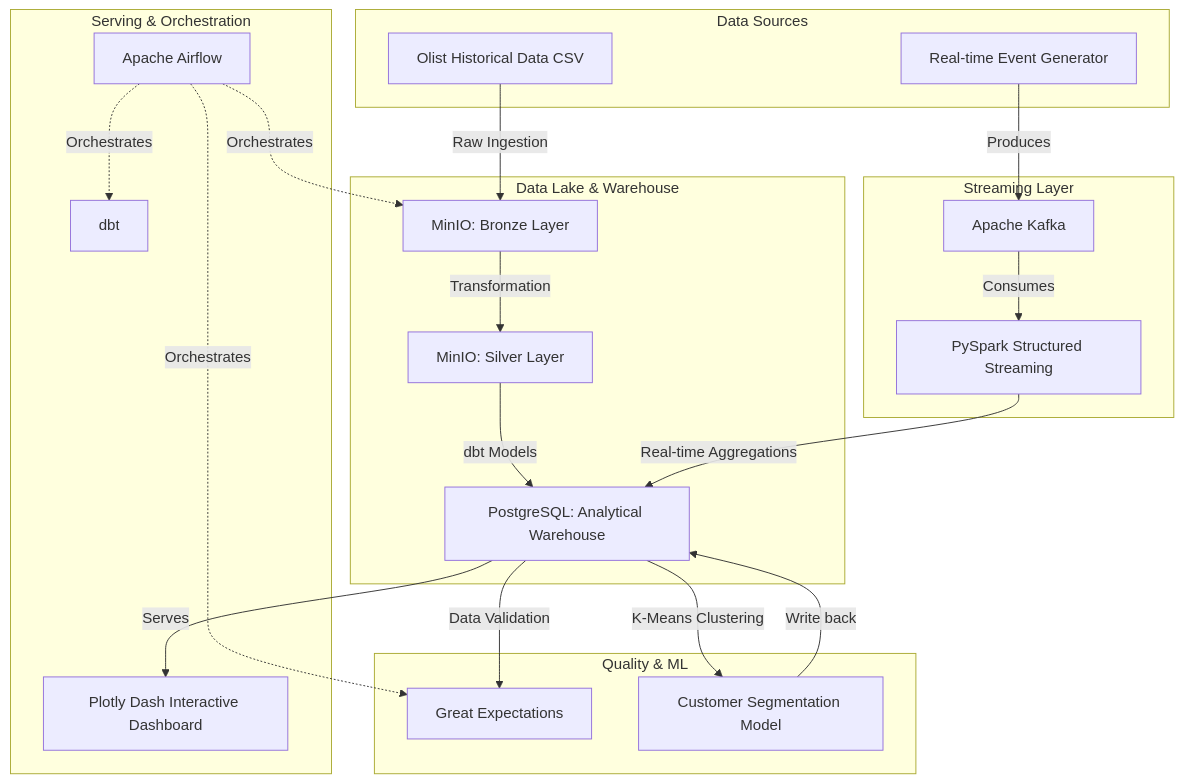
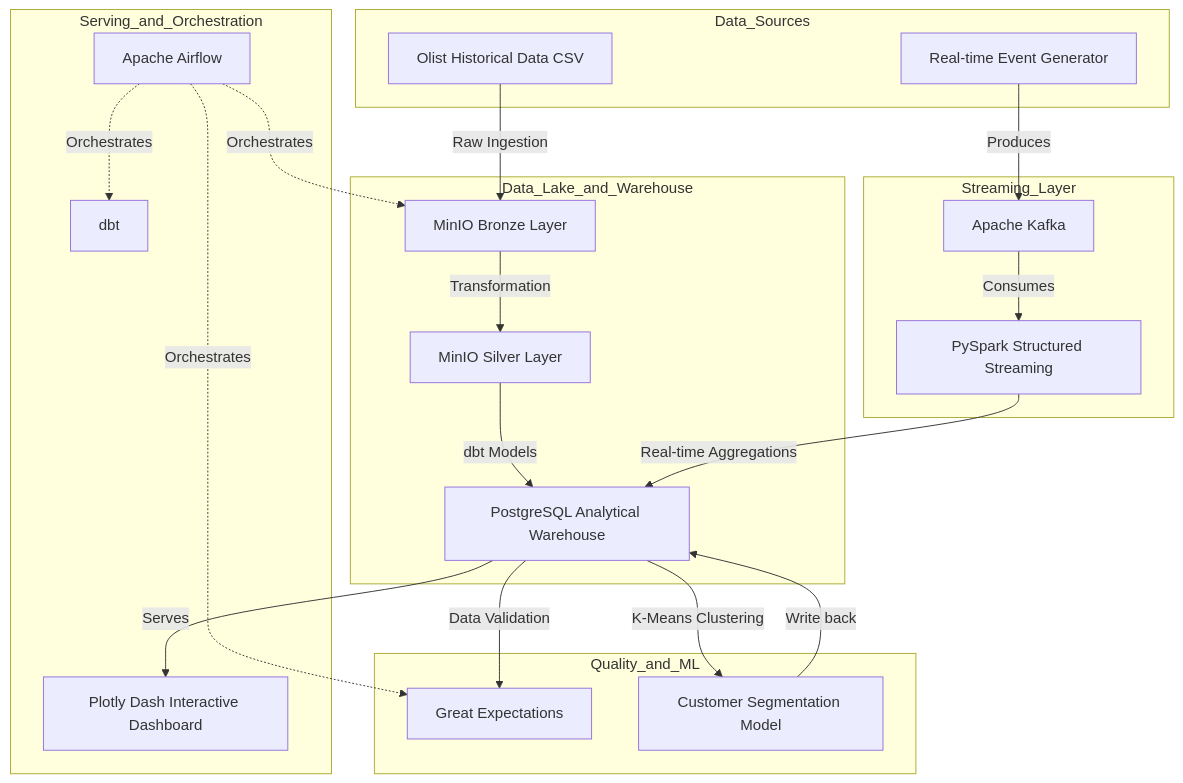
One commit to hquan07/ecommerce-data-platform changed the diagram in README.md. Above: the diagram before and after it, drawn with Mermaid.

Commit message:
fix(docs): simplify mermaid syntax for better compatibility

````diff
--- a/README.md
+++ b/README.md
@@ -22,32 +22,32 @@
 ```mermaid
 graph TD
-    subgraph Data_Sources ["Data Sources"]
-        Olist["Olist Historical Data CSV"]
-        EventGen["Real-time Event Generator"]
+    subgraph Data_Sources
+        Olist[Olist Historical Data CSV]
+        EventGen[Real-time Event Generator]
     end
 
-    subgraph Streaming_Layer ["Streaming Layer"]
-        EventGen -->|Produces| Kafka["Apache Kafka"]
-        Kafka -->|Consumes| Spark["PySpark Structured Streaming"]
+    subgraph Streaming_Layer
+        EventGen -->|Produces| Kafka[Apache Kafka]
+        Kafka -->|Consumes| Spark[PySpark Structured Streaming]
     end
 
-    subgraph Data_Lake_Warehouse ["Data Lake & Warehouse"]
-        Olist -->|Raw Ingestion| MinIO_Bronze["MinIO: Bronze Layer"]
-        MinIO_Bronze -->|Transformation| MinIO_Silver["MinIO: Silver Layer"]
-        MinIO_Silver -->|dbt Models| Postgres["PostgreSQL: Analytical Warehouse"]
+    subgraph Data_Lake_and_Warehouse
+        Olist -->|Raw Ingestion| MinIO_Bronze[MinIO Bronze Layer]
+        MinIO_Bronze -->|Transformation| MinIO_Silver[MinIO Silver Layer]
+        MinIO_Silver -->|dbt Models| Postgres[PostgreSQL Analytical Warehouse]
         Spark -->|Real-time Aggregations| Postgres
     end
     
-    subgraph Quality_ML ["Quality & ML"]
-        Postgres -->|Data Validation| GX["Great Expectations"]
-        Postgres -->|K-Means Clustering| ML["Customer Segmentation Model"]
+    subgraph Quality_and_ML
+        Postgres -->|Data Validation| GX[Great Expectations]
+        Postgres -->|K-Means Clustering| ML[Customer Segmentation Model]
         ML -->|Write back| Postgres
     end
 
-    subgraph Serving_Orchestration ["Serving & Orchestration"]
-        Postgres -->|Serves| Dash["Plotly Dash Interactive Dashboard"]
-        Airflow["Apache Airflow"] -.->|Orchestrates| MinIO_Bronze
-        Airflow -.->|Orchestrates| dbt
+    subgraph Serving_and_Orchestration
+        Postgres -->|Serves| Dash[Plotly Dash Interactive Dashboard]
+        Airflow[Apache Airflow] -.->|Orchestrates| MinIO_Bronze
+        Airflow -.->|Orchestrates| dbt[dbt]
         Airflow -.->|Orchestrates| GX
     end
 ```
````
